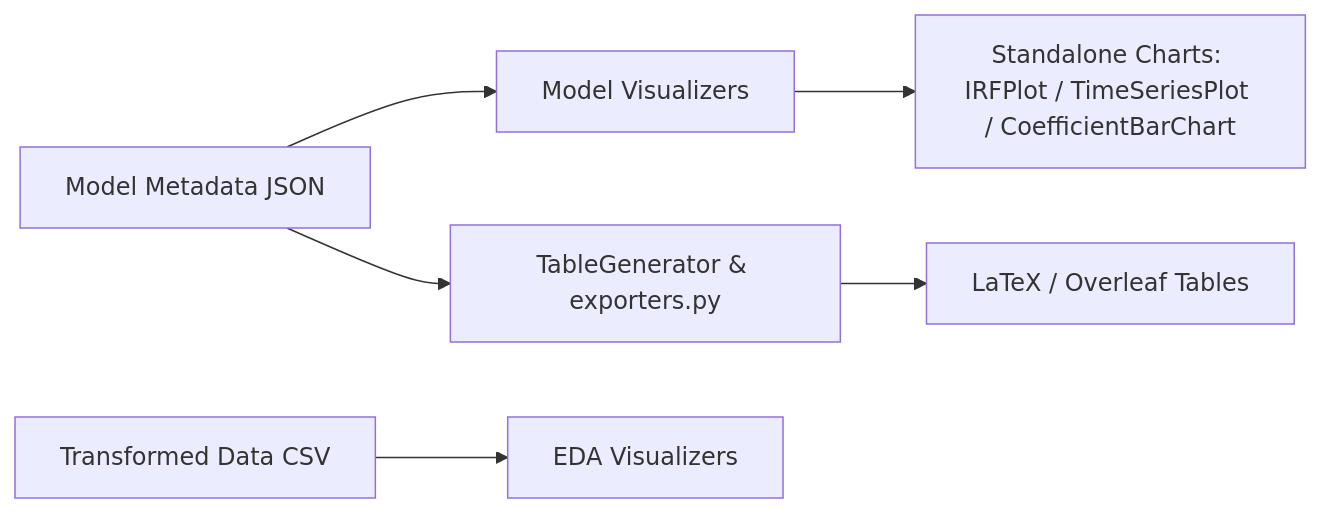
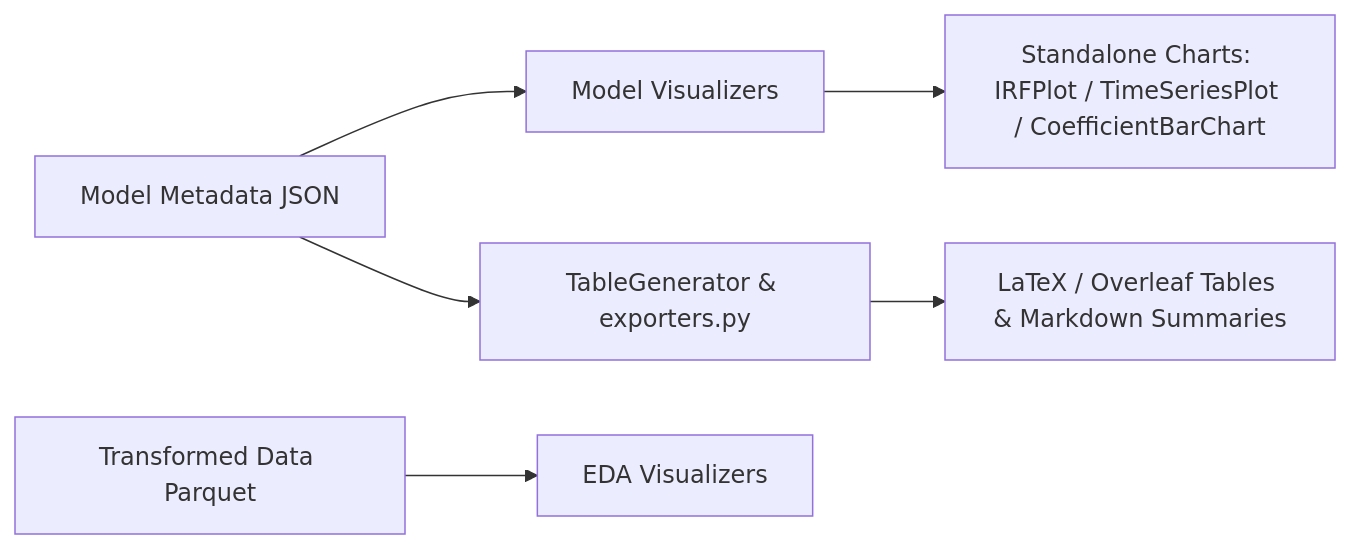
One commit to corybaird/stats-transformer changed the fourth of 4 diagrams in docs/library/architecture.md. Above: the diagram before and after it, drawn with Mermaid. The commit also changed other lines of this file and 3 other files, not shown here.

Commit message:
REFACTOR Consolidate architecture and create models and datasets catalogs

````diff
--- a/docs/library/architecture.md
+++ b/docs/library/architecture.md
@@ -187,8 +148,8 @@
 ```mermaid
 flowchart LR
     MD[Model Metadata JSON] --> VIS[Model Visualizers]
-    TD[Transformed Data CSV] --> EDA[EDA Visualizers]
+    TD[Transformed Data Parquet] --> EDA[EDA Visualizers]
     VIS --> CHART[Standalone Charts: IRFPlot / TimeSeriesPlot / CoefficientBarChart]
     MD --> REP[TableGenerator & exporters.py]
-    REP --> LATEX[LaTeX / Overleaf Tables]
+    REP --> LATEX[LaTeX / Overleaf Tables & Markdown Summaries]
 ```
````
